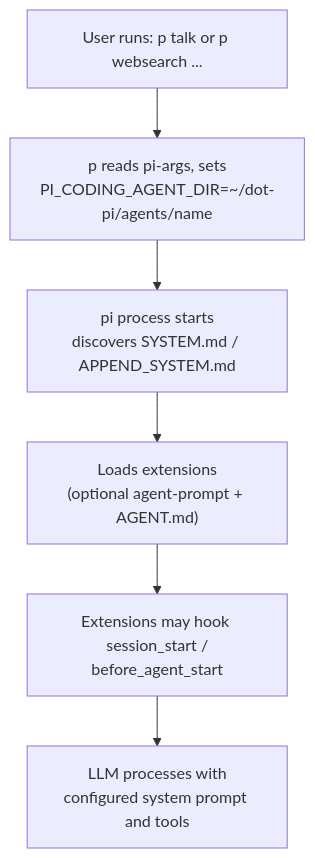
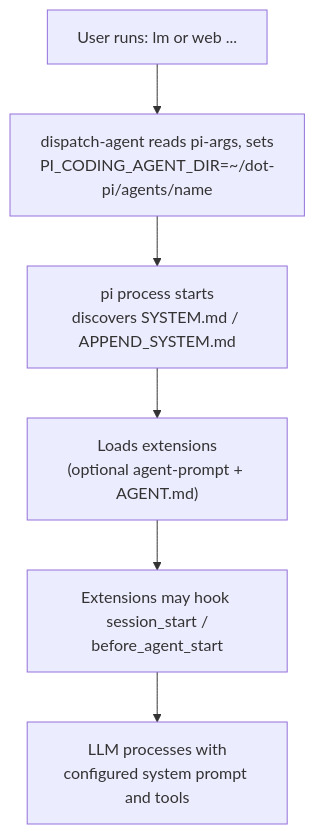
The third of 3 diagrams in docs/architecture.md (PlebeiusGaragicus/dot-pi), drawn with Mermaid before and after one commit. The commit also changed other lines of this file and 51 other files, not shown here.

Commit message:
Update .gitignore, add dispatch-agent script, and enhance installation process with new commands and configurations

````diff
--- a/docs/architecture.md
+++ b/docs/architecture.md
@@ -105,11 +105,11 @@
 ```mermaid
 graph TD
-  SUser["User runs: p talk or p websearch ..."]
-  SAlias["p reads pi-args, sets<br/>PI_CODING_AGENT_DIR=~/dot-pi/agents/name"]
+  SUser["User runs: lm or web ..."]
+  SAlias["dispatch-agent reads pi-args, sets<br/>PI_CODING_AGENT_DIR=~/dot-pi/agents/name"]
   SPiMain["pi process starts<br/>discovers SYSTEM.md / APPEND_SYSTEM.md"]
   SExtLoad["Loads extensions<br/>(optional agent-prompt + AGENT.md)"]
   SHook["Extensions may hook session_start /<br/>before_agent_start"]
   SLLM["LLM processes with<br/>configured system prompt and tools"]
 
   SUser --> SAlias --> SPiMain --> SExtLoad --> SHook --> SLLM
 ```
````
